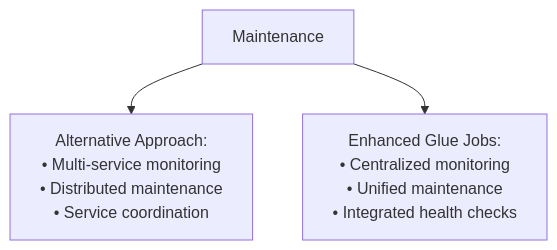
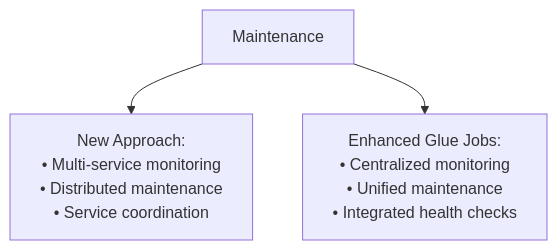
The tenth of 17 diagrams in mermaid.md (veronelazio/wezterm), drawn with Mermaid before and after one commit. The commit also changed other lines of this file, not shown here.

````diff
--- a/mermaid.md
+++ b/mermaid.md
@@ -103,5 +103,5 @@
 ```mermaid
 flowchart TD
-    H1["Maintenance"] --> H2["Alternative Approach:<br/>• Multi-service monitoring<br/>• Distributed maintenance<br/>• Service coordination"]
+    H1["Maintenance"] --> H2["New Approach:<br/>• Multi-service monitoring<br/>• Distributed maintenance<br/>• Service coordination"]
     H1 --> H3["Enhanced Glue Jobs:<br/>• Centralized monitoring<br/>• Unified maintenance<br/>• Integrated health checks"]
 ```
````
